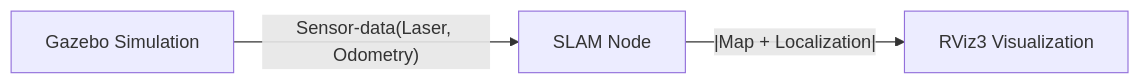
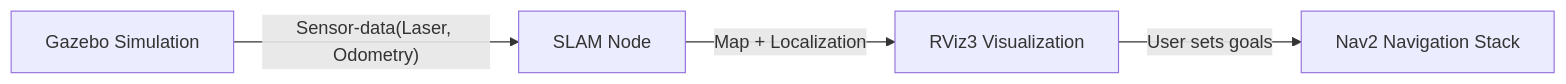
The diagram in README.md (Ngigi33/Gazebo-Rviz2-Simulation-SLAM-and-Navigation), drawn with Mermaid before and after one commit.

````diff
--- a/README.md
+++ b/README.md
@@ -28,5 +28,6 @@
 ```mermaid
 flowchart LR
      A[Gazebo Simulation] --Sensor-data(Laser, Odometry)-->B[SLAM Node];
-     B --|Map + Localization| -->C[RViz3 Visualization]
+     B --Map + Localization-->C[RViz3 Visualization];
+     C -->|User sets goals| D[Nav2 Navigation Stack]
 ```
````
